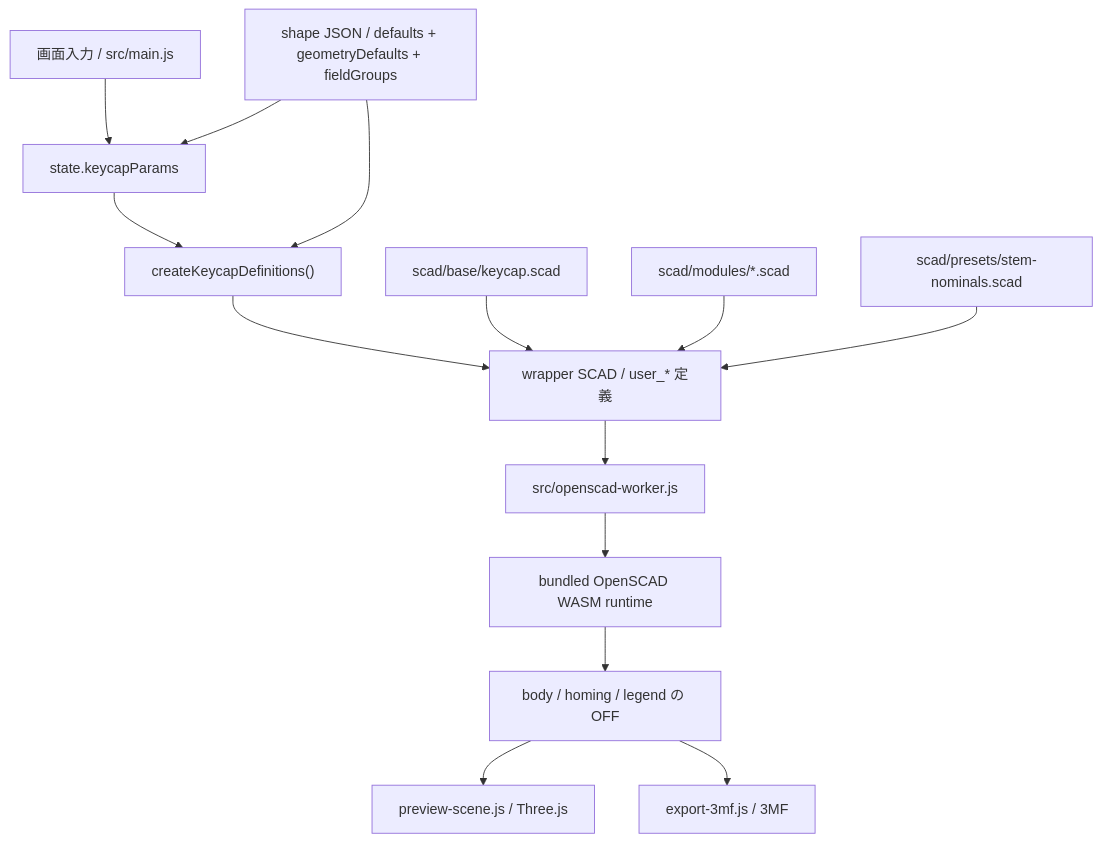
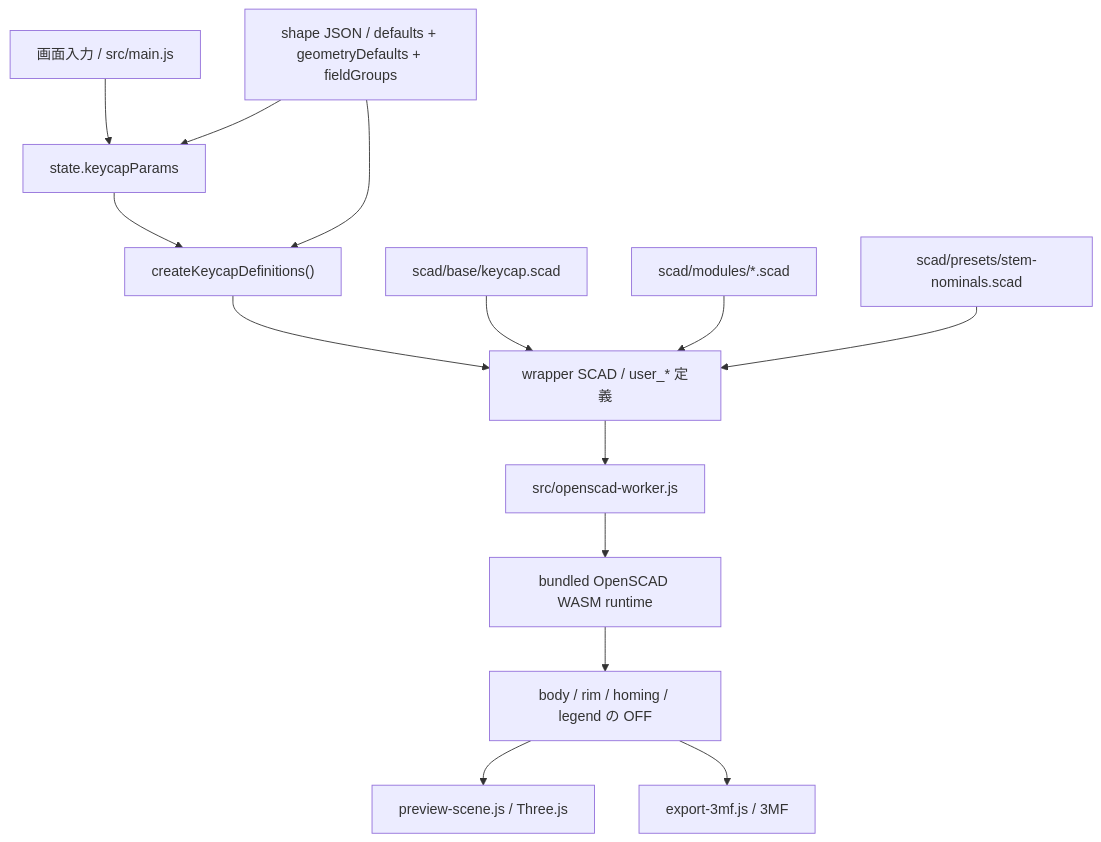
Before and after one commit to Masashi-desu/KeycapMaker: the diagram in docs/architecture/scad-and-export.md, drawn with Mermaid. The commit also changed other lines of this file and 13 other files, not shown here.

````diff
--- a/docs/architecture/scad-and-export.md
+++ b/docs/architecture/scad-and-export.md
@@ -64,16 +65,16 @@
 ```mermaid
 flowchart TD
   screen["画面入力 / src/main.js"] --> state["state.keycapParams"]
   shapeJson["shape JSON / defaults + geometryDefaults + fieldGroups"] --> state
   state --> bridge["createKeycapDefinitions()"]
   shapeJson --> bridge
   bridge --> wrapper["wrapper SCAD / user_* 定義"]
   scadEntry["scad/base/keycap.scad"] --> wrapper
   scadModules["scad/modules/*.scad"] --> wrapper
   stemNominals["scad/presets/stem-nominals.scad"] --> wrapper
   wrapper --> worker["src/openscad-worker.js"]
   worker --> wasm["bundled OpenSCAD WASM runtime"]
-  wasm --> off["body / homing / legend の OFF"]
+  wasm --> off["body / rim / homing / legend の OFF"]
   off --> preview["preview-scene.js / Three.js"]
   off --> export3mf["export-3mf.js / 3MF"]
 ```
````
